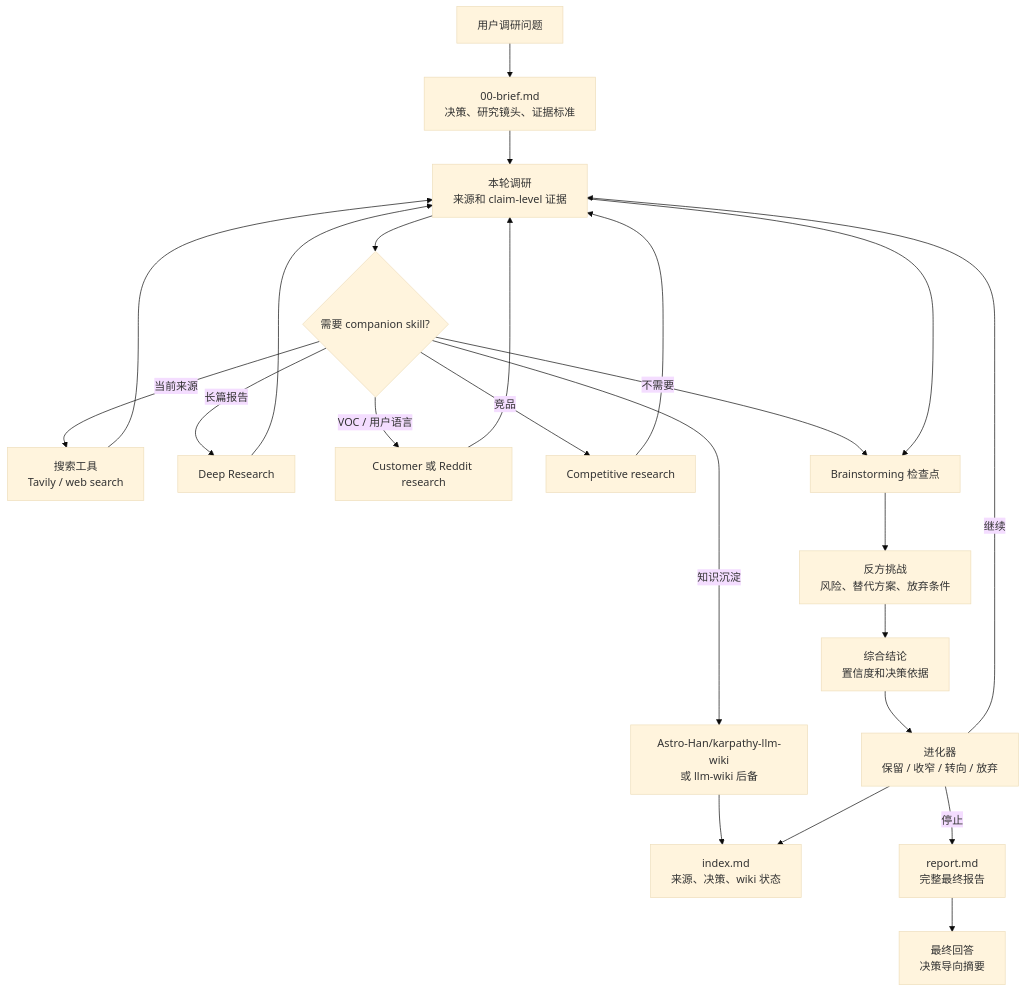
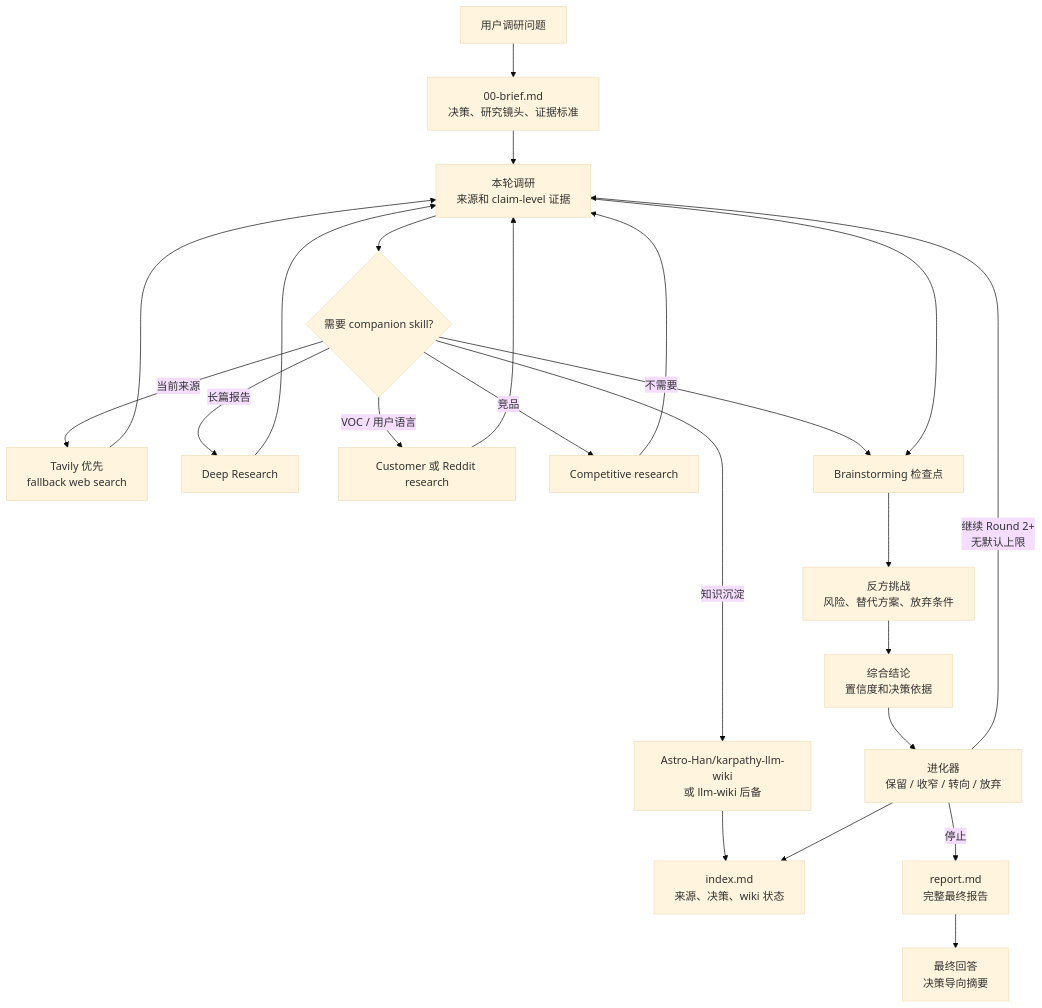
The diagram in README.zh-CN.md (GoatGit/super-survey), drawn with Mermaid (base theme) before and after one commit. The commit also changed other lines of this file and 5 other files, not shown here.

Commit message:
Strengthen survey search and round continuation

````diff
--- a/README.zh-CN.md
+++ b/README.zh-CN.md
@@ -110,25 +111,25 @@
 ```mermaid
 flowchart TD
     A[用户调研问题] --> B[00-brief.md<br/>决策、研究镜头、证据标准]
     B --> C[本轮调研<br/>来源和 claim-level 证据]
     C --> D{需要 companion skill?}
-    D -->|当前来源| D1[搜索工具<br/>Tavily / web search]
+    D -->|当前来源| D1[Tavily 优先<br/>fallback web search]
     D -->|长篇报告| D2[Deep Research]
     D -->|VOC / 用户语言| D3[Customer 或 Reddit research]
     D -->|竞品| D4[Competitive research]
     D -->|知识沉淀| D5[Astro-Han/karpathy-llm-wiki<br/>或 llm-wiki 后备]
     D -->|不需要| E[Brainstorming 检查点]
     D1 --> C
     D2 --> C
     D3 --> C
     D4 --> C
     D5 --> I[index.md]
     C --> E[Brainstorming 检查点]
     E --> F[反方挑战<br/>风险、替代方案、放弃条件]
     F --> G[综合结论<br/>置信度和决策依据]
     G --> H[进化器<br/>保留 / 收窄 / 转向 / 放弃]
     H --> I[index.md<br/>来源、决策、wiki 状态]
-    H -->|继续| C
+    H -->|继续 Round 2+<br/>无默认上限| C
     H -->|停止| J[report.md<br/>完整最终报告]
     J --> K[最终回答<br/>决策导向摘要]
 ```
````
